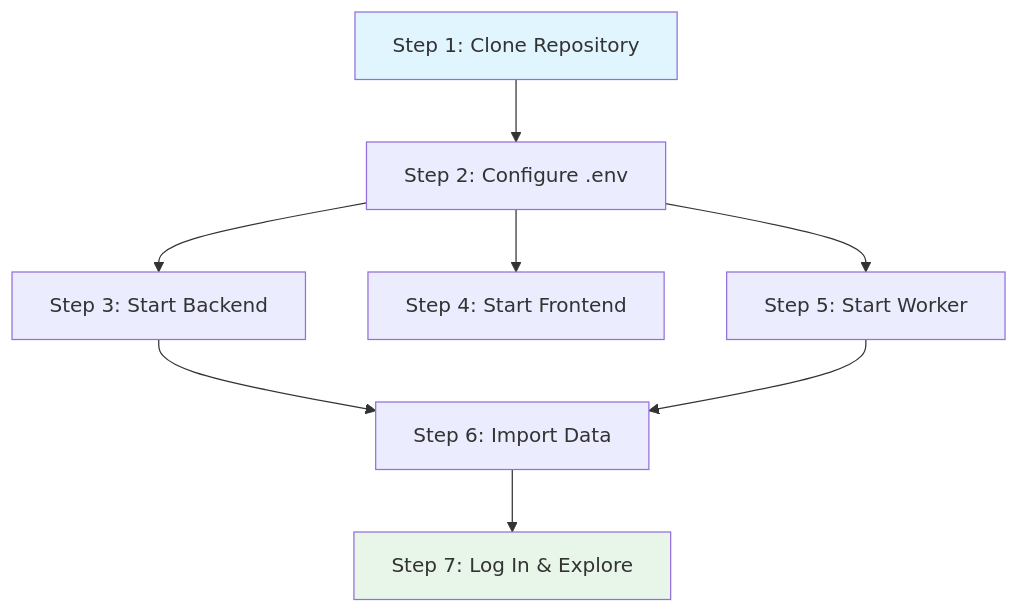
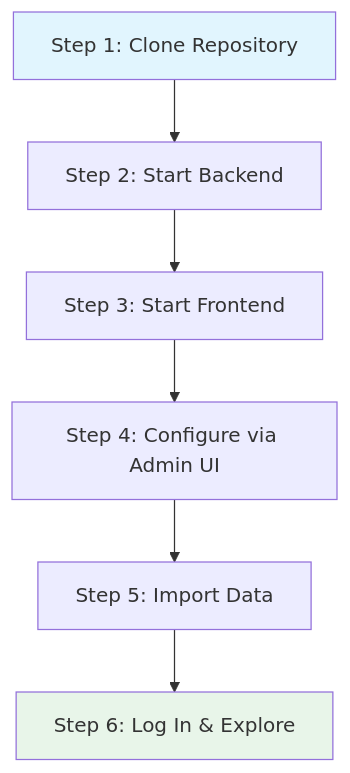
The diagram in docs/docs/getting-started.md (XUranus/ibkr-dash), drawn with Mermaid before and after one commit. The commit also changed other lines of this file and 152 other files, not shown here.

````diff
--- a/docs/docs/getting-started.md
+++ b/docs/docs/getting-started.md
@@ -37,13 +35,11 @@
 ```mermaid
 flowchart TD
-    A["Step 1: Clone Repository"] --> B["Step 2: Configure .env"]
-    B --> C["Step 3: Start Backend"]
-    B --> D["Step 4: Start Frontend"]
-    B --> E["Step 5: Start Worker"]
-    C --> F["Step 6: Import Data"]
-    E --> F
-    F --> G["Step 7: Log In & Explore"]
+    A["Step 1: Clone Repository"] --> B["Step 2: Start Backend"]
+    B --> C["Step 3: Start Frontend"]
+    C --> D["Step 4: Configure via Admin UI"]
+    D --> E["Step 5: Import Data"]
+    E --> F["Step 6: Log In & Explore"]
 
     style A fill:#e1f5fe
-    style G fill:#e8f5e9
+    style F fill:#e8f5e9
 ```
````
